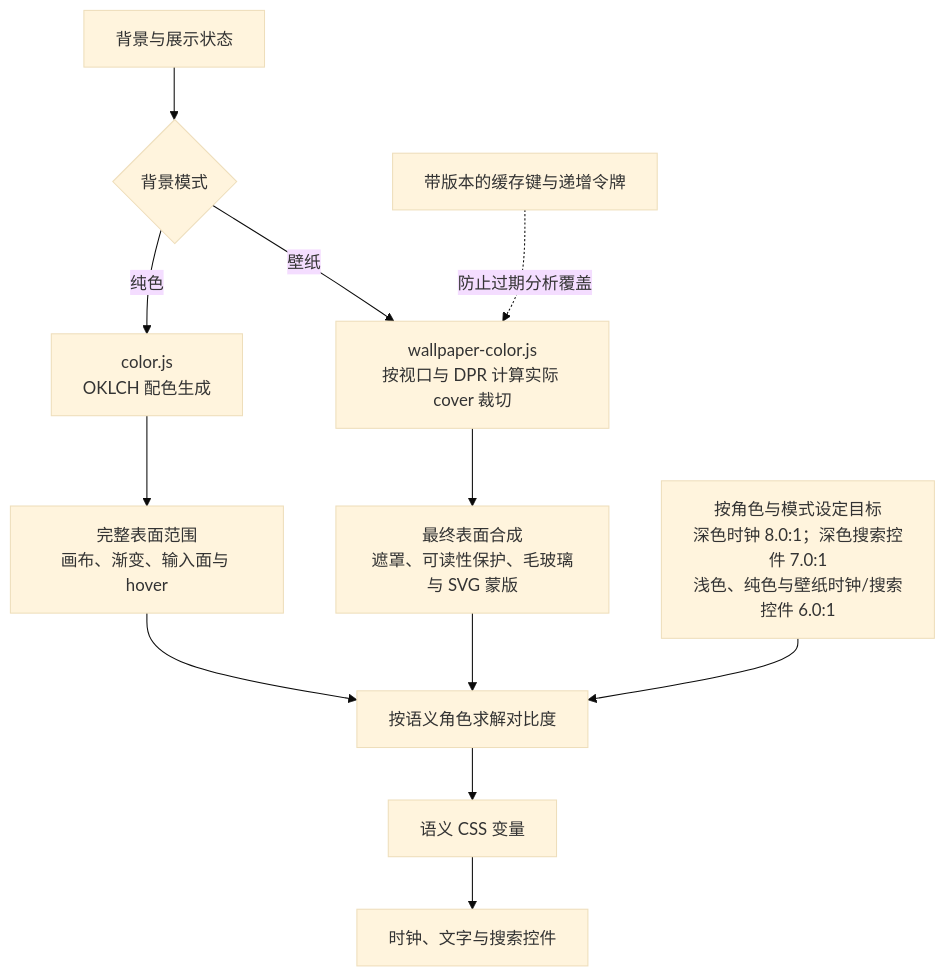
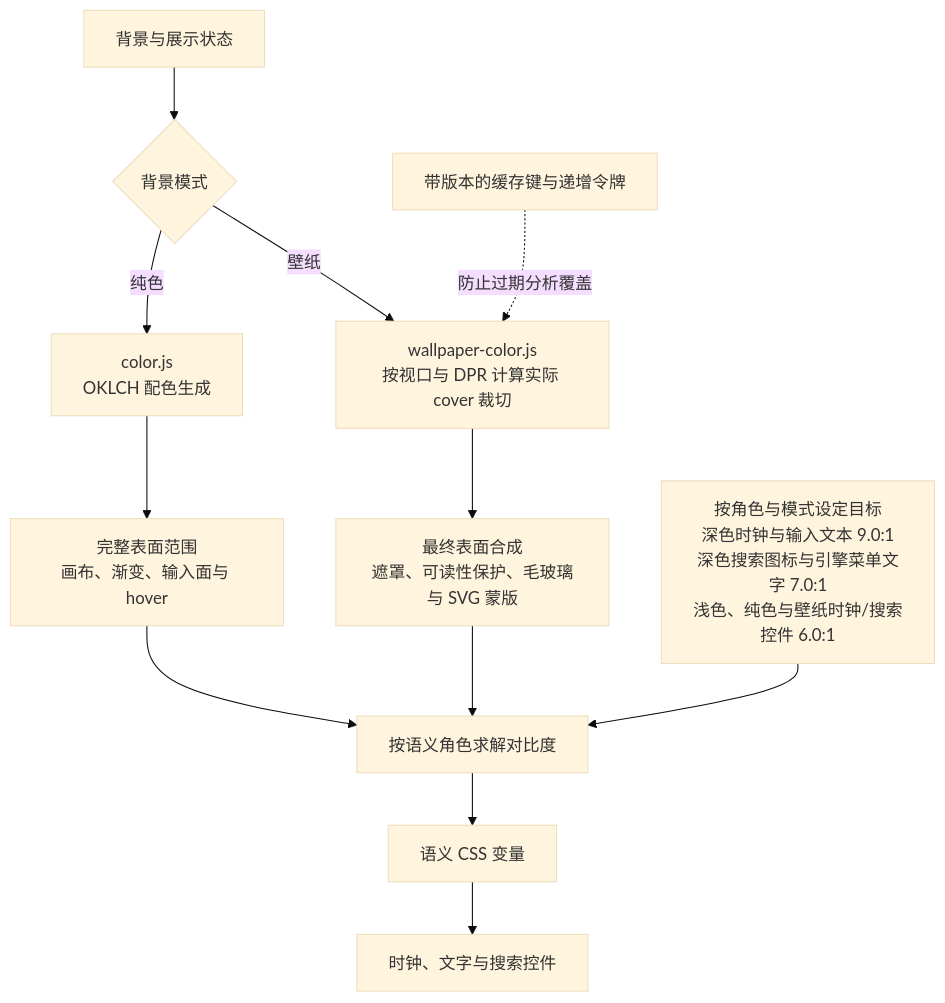
One commit to Un1quer23/WillowTab changed the diagram in README.zh-CN.md. Above: the diagram before and after it, drawn with Mermaid (base theme). The commit also changed other lines of this file and 8 other files, not shown here.

````diff
--- a/README.zh-CN.md
+++ b/README.zh-CN.md
@@ -40,14 +40,14 @@
 ```mermaid
 flowchart TD
     A["背景与展示状态"] --> B{"背景模式"}
     B -->|纯色| C["color.js<br/>OKLCH 配色生成"]
     C --> D["完整表面范围<br/>画布、渐变、输入面与 hover"]
     B -->|壁纸| E["wallpaper-color.js<br/>按视口与 DPR 计算实际 cover 裁切"]
     E --> F["最终表面合成<br/>遮罩、可读性保护、毛玻璃与 SVG 蒙版"]
     D --> G["按语义角色求解对比度"]
     F --> G
-    H["按角色与模式设定目标<br/>深色时钟 8.0:1；深色搜索控件 7.0:1<br/>浅色、纯色与壁纸时钟/搜索控件 6.0:1"] --> G
+    H["按角色与模式设定目标<br/>深色时钟与输入文本 9.0:1<br/>深色搜索图标与引擎菜单文字 7.0:1<br/>浅色、纯色与壁纸时钟/搜索控件 6.0:1"] --> G
     G --> I["语义 CSS 变量"]
     I --> J["时钟、文字与搜索控件"]
     K["带版本的缓存键与递增令牌"] -. 防止过期分析覆盖 .-> E
 ```
````
